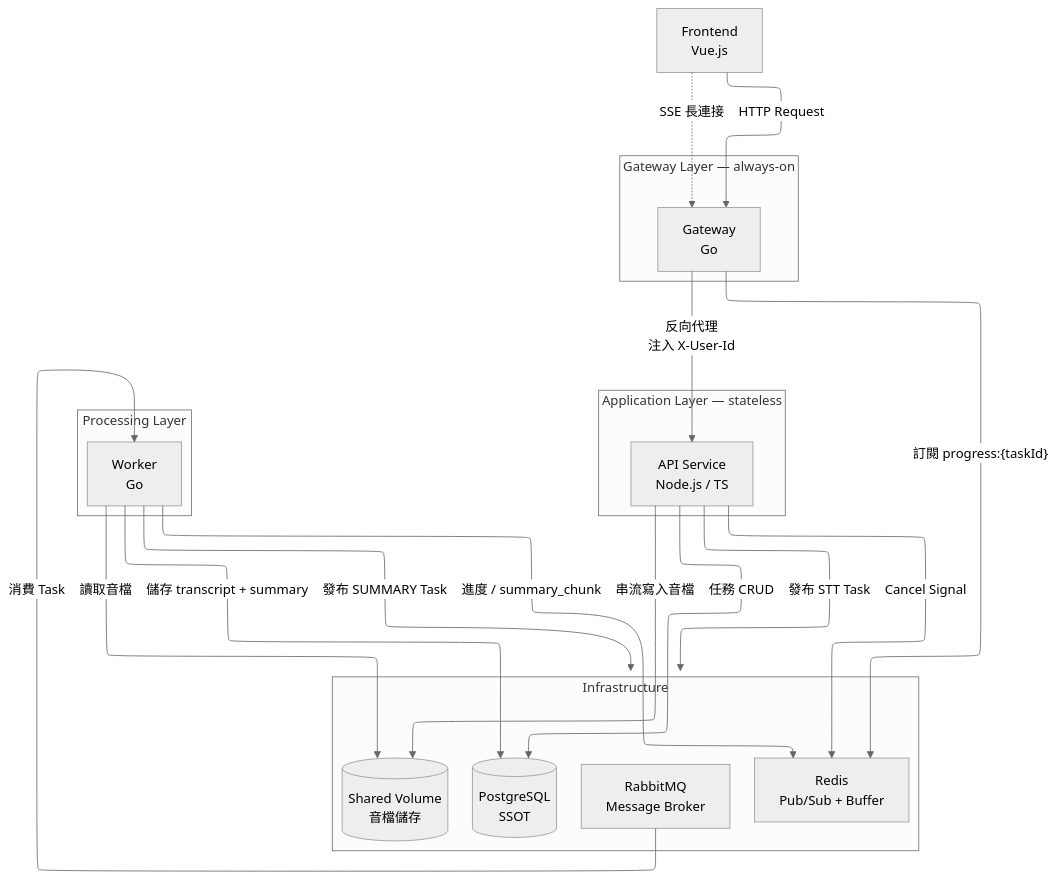
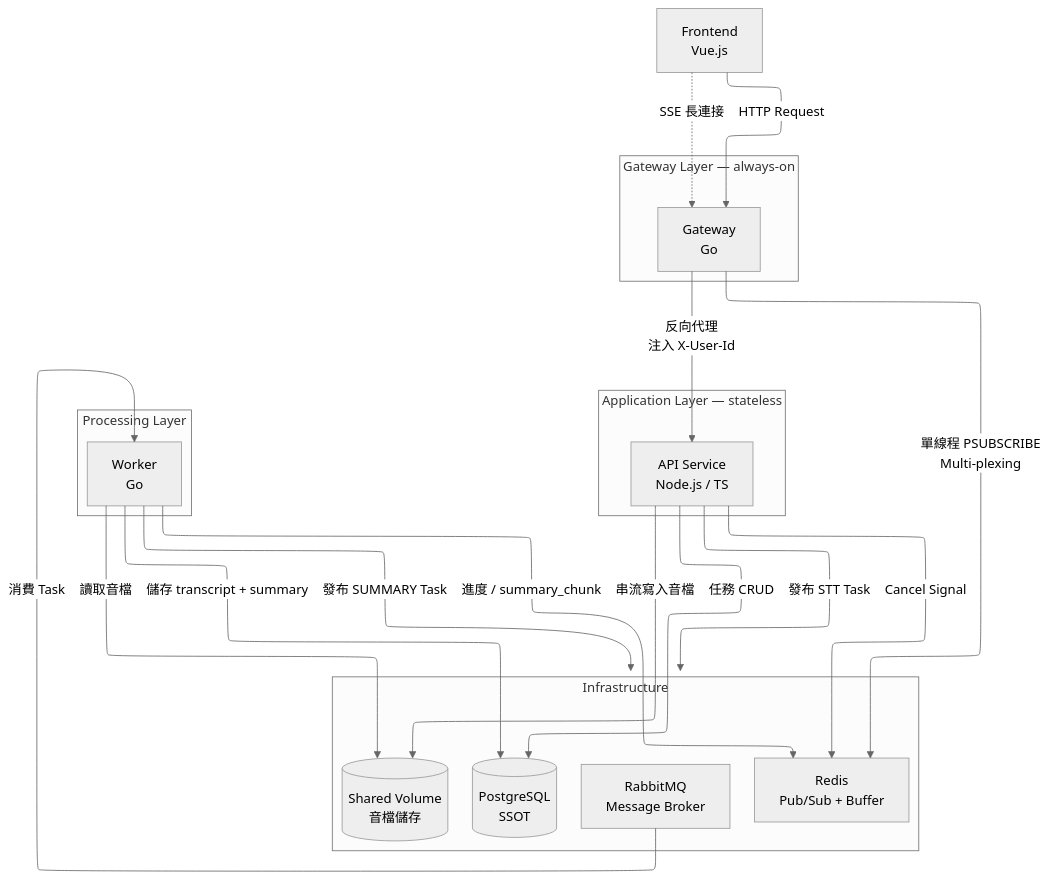
Before and after one commit to firehourse/stt-summarizer: the first of 5 diagrams in diagram.md, drawn with Mermaid (neutral theme). The commit also changed other lines of this file and 6 other files, not shown here.

````diff
--- a/diagram.md
+++ b/diagram.md
@@ -22,43 +22,43 @@
 ```mermaid
 ---
 config:
   layout: elk
 ---
 graph TB
     FE[Frontend<br/>Vue.js]
 
     subgraph "Gateway Layer — always-on"
         GW[Gateway<br/>Go]
     end
 
     subgraph "Application Layer — stateless"
         API[API Service<br/>Node.js / TS]
     end
 
     subgraph "Infrastructure"
         MQ[RabbitMQ<br/>Message Broker]
         RD[Redis<br/>Pub/Sub + Buffer]
         PG[(PostgreSQL<br/>SSOT)]
         VOL[(Shared Volume<br/>音檔儲存)]
     end
 
     subgraph "Processing Layer"
         WK[Worker<br/>Go]
     end
 
     FE -- "HTTP Request" --> GW
     FE -. "SSE 長連接" .-> GW
     GW -- "反向代理<br/>注入 X-User-Id" --> API
-    GW -- "訂閱 progress:{taskId}" --> RD
+    GW -- "單線程 PSUBSCRIBE<br/>Multi-plexing" --> RD
 
     API -- "任務 CRUD" --> PG
     API -- "發布 STT Task" --> MQ
     API -- "Cancel Signal" --> RD
     API -- "串流寫入音檔" --> VOL
 
     MQ -- "消費 Task" --> WK
     WK -- "讀取音檔" --> VOL
     WK -- "進度 / summary_chunk" --> RD
     WK -- "儲存 transcript + summary" --> PG
     WK -- "發布 SUMMARY Task" --> MQ
 ```
````
